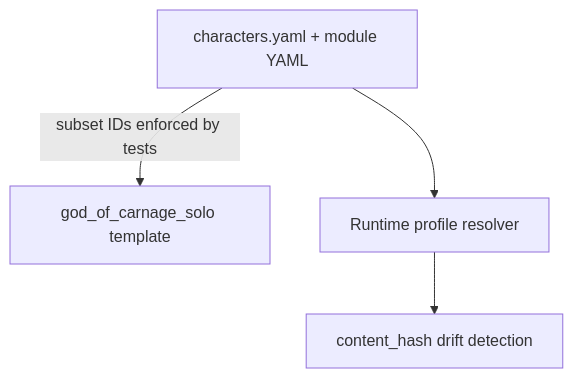
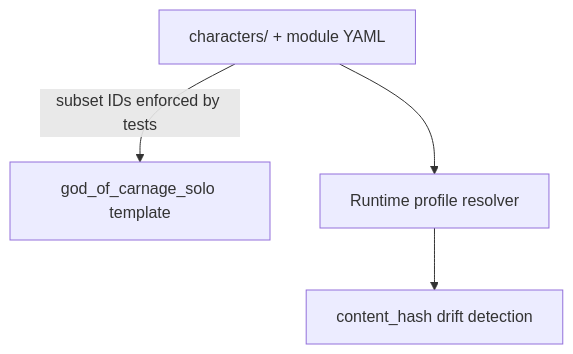
Before and after one commit to Held0fTheWelt/BLACKVEIN: the diagram in docs/ADR/MVP_Live_Runtime_Completion/adr-mvp1-005-canonical-content-authority.md, drawn with Mermaid. The commit also changed other lines of this file and 32 other files, not shown here.

````diff
--- a/docs/ADR/MVP_Live_Runtime_Completion/adr-mvp1-005-canonical-content-authority.md
+++ b/docs/ADR/MVP_Live_Runtime_Completion/adr-mvp1-005-canonical-content-authority.md
@@ -43,8 +43,8 @@
 ```mermaid
 flowchart TB
-  Y[characters.yaml + module YAML]
+  Y[characters/ + module YAML]
   TPL[god_of_carnage_solo template]
   Y -->|subset IDs enforced by tests| TPL
   Y --> PROF[Runtime profile resolver]
   PROF --> HASH[content_hash drift detection]
 ```
````
